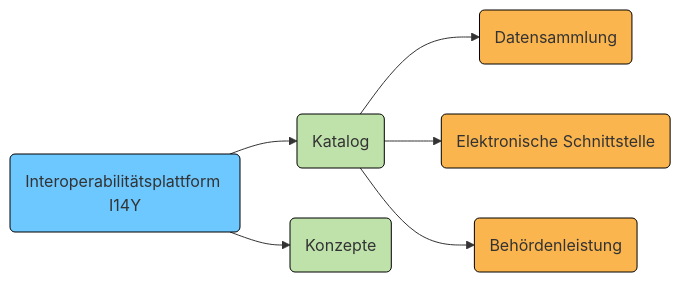
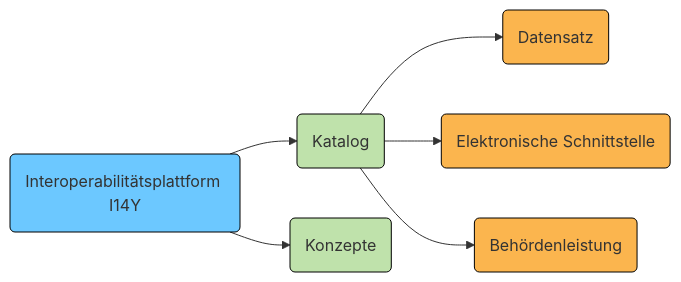
One commit to I14Y-ch/handbook changed the diagram in content/de/publikation/_index.md. Above: the diagram before and after it, drawn with Mermaid. The commit also changed 4 other files, not shown here.

Commit message:
Datensammlung in Grafik durch Datensatz ersetzt

````diff
--- a/content/de/publikation/_index.md
+++ b/content/de/publikation/_index.md
@@ -14,36 +14,36 @@
 ```mermaid
 flowchart LR
     i14y(Interoperabilitätsplattform I14Y)
     catalog(Katalog)
-    dataset(Datensammlung)
+    dataset(Datensatz)
     dataservice(Elektronische Schnittstelle)
     publicservice(Behördenleistung)
     concepts(Konzepte)
 
 
     i14y-->catalog
     i14y-->concepts
     
     catalog-->dataset
     catalog-->dataservice
     catalog-->publicservice
 
     
 style i14y fill:#6CC8FF
 style i14y stroke:black
 
 style catalog fill:#Bfe2ab
 style catalog stroke:black
 
 style dataset fill:#Fbb54e
 style dataset stroke:black
 
 style dataservice fill:#Fbb54e
 style dataservice stroke:black
 
 style publicservice fill:#Fbb54e
 style publicservice stroke:black
 
 style concepts fill:#Bfe2ab
 style concepts stroke:black
 ```
````
